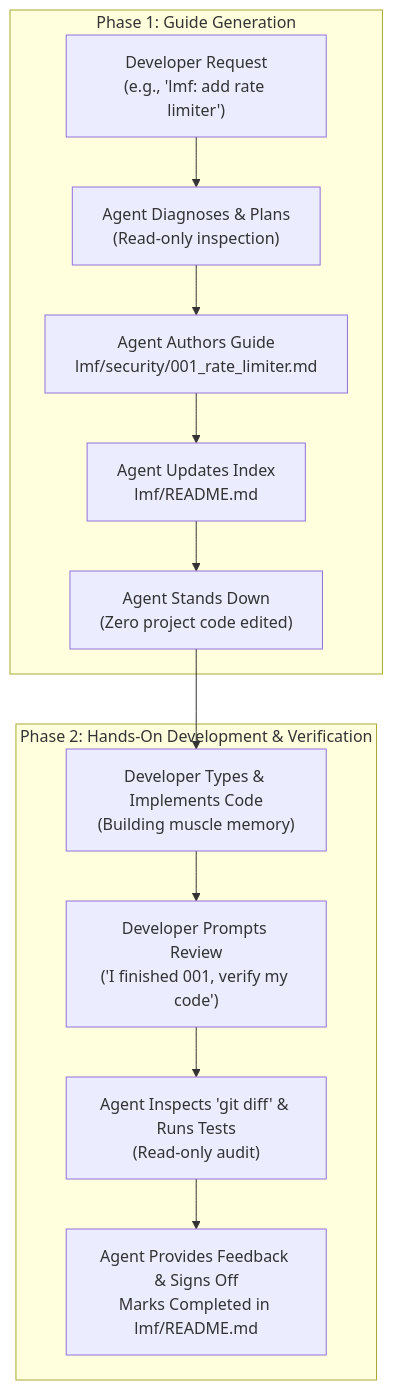
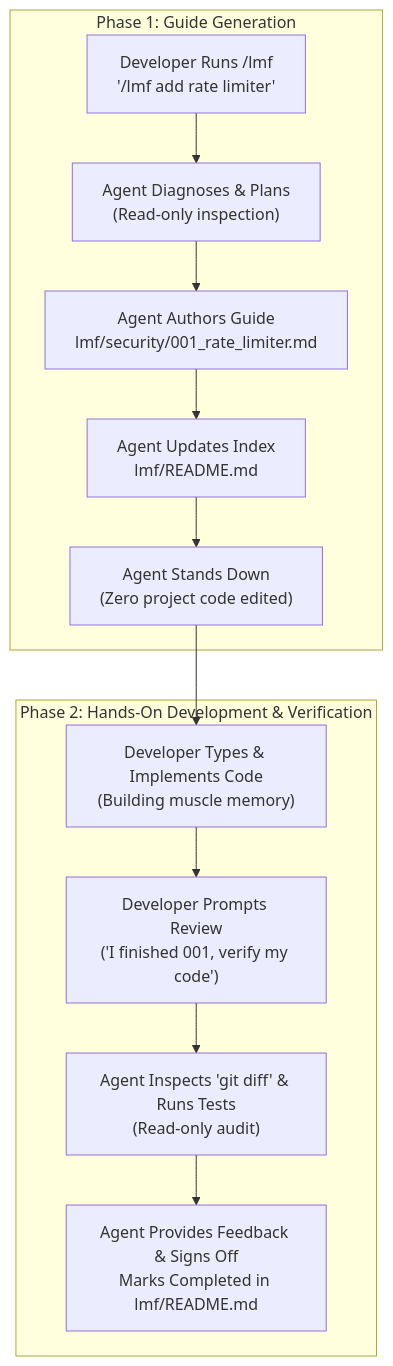
One commit to radenadri/lmf changed the diagram in README.md. Above: the diagram before and after it, drawn with Mermaid. The commit also changed other lines of this file and 2 other files, not shown here.

Commit message:
docs: add install.sh, /lmf slash command guide, and expanded installation docs

````diff
--- a/README.md
+++ b/README.md
@@ -27,16 +49,16 @@
 ```mermaid
 flowchart TD
     subgraph Phase 1: Guide Generation
-        A["Developer Request<br/>(e.g., 'lmf: add rate limiter')"] --> B["Agent Diagnoses & Plans<br/>(Read-only inspection)"]
+        A["Developer Runs /lmf<br/>'/lmf add rate limiter'"] --> B["Agent Diagnoses & Plans<br/>(Read-only inspection)"]
         B --> C["Agent Authors Guide<br/>lmf/security/001_rate_limiter.md"]
         C --> D["Agent Updates Index<br/>lmf/README.md"]
         D --> E["Agent Stands Down<br/>(Zero project code edited)"]
     end
 
     subgraph Phase 2: Hands-On Development & Verification
         E --> F["Developer Types & Implements Code<br/>(Building muscle memory)"]
         F --> G["Developer Prompts Review<br/>('I finished 001, verify my code')"]
         G --> H["Agent Inspects 'git diff' & Runs Tests<br/>(Read-only audit)"]
         H --> I["Agent Provides Feedback & Signs Off<br/>Marks Completed in lmf/README.md"]
     end
 ```
````
